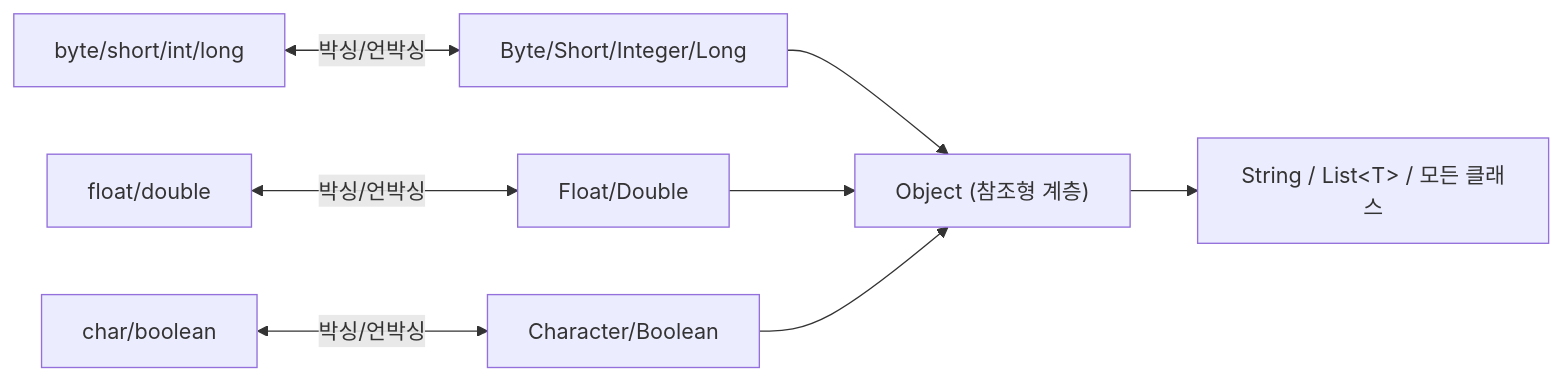
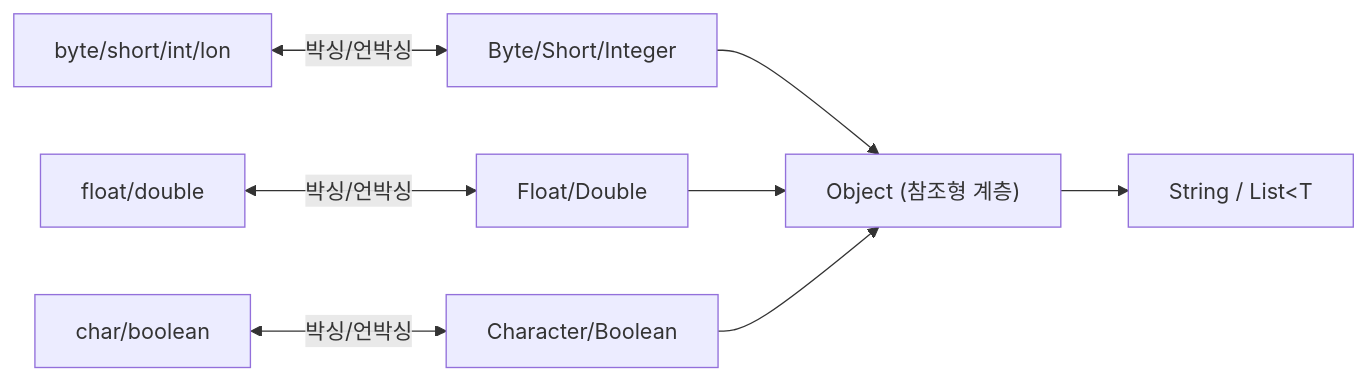
Before and after one commit to yjkim2015/yjkim2015.github.io: the first of 4 diagrams in _posts/java/2026-05-01-java-wrapper-class.md, drawn with Mermaid. The commit also changed other lines of this file and 271 other files, not shown here.

First line of the commit message:
Mermaid 라벨 축소: 긴 노드 텍스트 18자 이하로 트림 + \n 제거

````diff
--- a/_posts/java/2026-05-01-java-wrapper-class.md
+++ b/_posts/java/2026-05-01-java-wrapper-class.md
@@ -22,10 +22,10 @@
 ```mermaid
 graph LR
-    P1["byte/short/int/long"] <-->|"박싱/언박싱"| W1["Byte/Short/Integer/Long"]
+    P1["byte/short/int/lon"] <-->|"박싱/언박싱"| W1["Byte/Short/Integer"]
     P2["float/double"] <-->|"박싱/언박싱"| W2["Float/Double"]
     P3["char/boolean"] <-->|"박싱/언박싱"| W3["Character/Boolean"]
     W1 --> OBJ["Object (참조형 계층)"]
     W2 --> OBJ
     W3 --> OBJ
-    OBJ --> REF["String / List&lt;T&gt; / 모든 클래스"]
+    OBJ --> REF["String / List&lt;T"]
 ```
````
